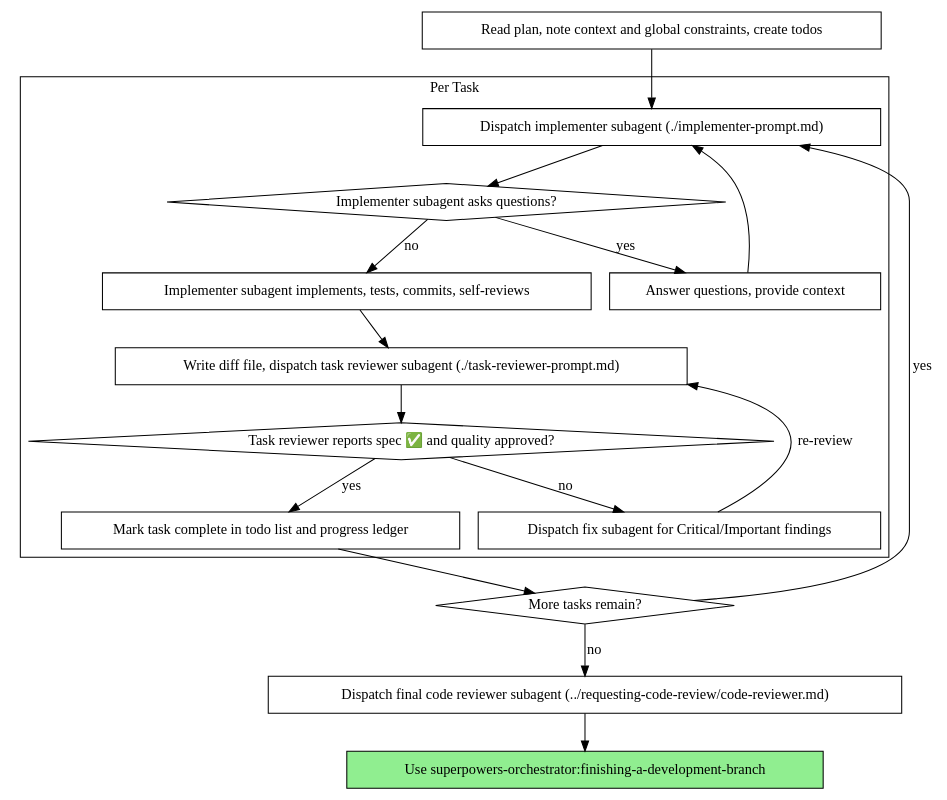
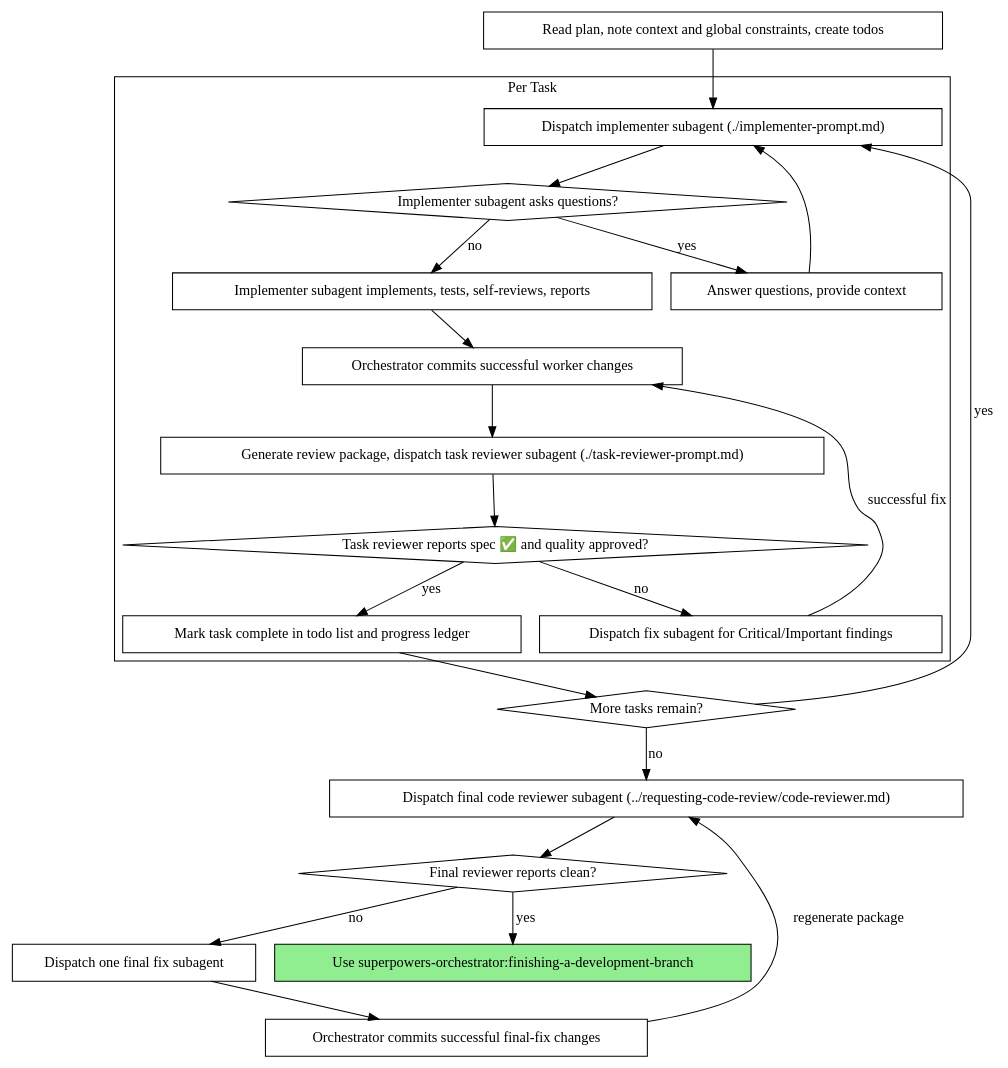
Before and after one commit to extensions-factory/orchestrator: the second of 2 diagrams in skills/subagent-driven-development/SKILL.md, drawn with Graphviz. The commit also changed other lines of this file and 32 other files, not shown here.

````diff
--- a/skills/subagent-driven-development/SKILL.md
+++ b/skills/subagent-driven-development/SKILL.md
@@ -47,37 +49,46 @@
 ```dot
 digraph process {
     rankdir=TB;
 
     subgraph cluster_per_task {
         label="Per Task";
         "Dispatch implementer subagent (./implementer-prompt.md)" [shape=box];
         "Implementer subagent asks questions?" [shape=diamond];
         "Answer questions, provide context" [shape=box];
-        "Implementer subagent implements, tests, commits, self-reviews" [shape=box];
-        "Write diff file, dispatch task reviewer subagent (./task-reviewer-prompt.md)" [shape=box];
+        "Implementer subagent implements, tests, self-reviews, reports" [shape=box];
+        "Orchestrator commits successful worker changes" [shape=box];
+        "Generate review package, dispatch task reviewer subagent (./task-reviewer-prompt.md)" [shape=box];
         "Task reviewer reports spec ✅ and quality approved?" [shape=diamond];
         "Dispatch fix subagent for Critical/Important findings" [shape=box];
         "Mark task complete in todo list and progress ledger" [shape=box];
     }
 
     "Read plan, note context and global constraints, create todos" [shape=box];
     "More tasks remain?" [shape=diamond];
     "Dispatch final code reviewer subagent (../requesting-code-review/code-reviewer.md)" [shape=box];
+    "Final reviewer reports clean?" [shape=diamond];
+    "Dispatch one final fix subagent" [shape=box];
+    "Orchestrator commits successful final-fix changes" [shape=box];
     "Use superpowers-orchestrator:finishing-a-development-branch" [shape=box style=filled fillcolor=lightgreen];
 
     "Read plan, note context and global constraints, create todos" -> "Dispatch implementer subagent (./implementer-prompt.md)";
     "Dispatch implementer subagent (./implementer-prompt.md)" -> "Implementer subagent asks questions?";
     "Implementer subagent asks questions?" -> "Answer questions, provide context" [label="yes"];
     "Answer questions, provide context" -> "Dispatch implementer subagent (./implementer-prompt.md)";
-    "Implementer subagent asks questions?" -> "Implementer subagent implements, tests, commits, self-reviews" [label="no"];
-    "Implementer subagent implements, tests, commits, self-reviews" -> "Write diff file, dispatch task reviewer subagent (./task-reviewer-prompt.md)";
-    "Write diff file, dispatch task reviewer subagent (./task-reviewer-prompt.md)" -> "Task reviewer reports spec ✅ and quality approved?";
+    "Implementer subagent asks questions?" -> "Implementer subagent implements, tests, self-reviews, reports" [label="no"];
+    "Implementer subagent implements, tests, self-reviews, reports" -> "Orchestrator commits successful worker changes";
+    "Orchestrator commits successful worker changes" -> "Generate review package, dispatch task reviewer subagent (./task-reviewer-prompt.md)";
+    "Generate review package, dispatch task reviewer subagent (./task-reviewer-prompt.md)" -> "Task reviewer reports spec ✅ and quality approved?";
     "Task reviewer reports spec ✅ and quality approved?" -> "Dispatch fix subagent for Critical/Important findings" [label="no"];
-    "Dispatch fix subagent for Critical/Important findings" -> "Write diff file, dispatch task reviewer subagent (./task-reviewer-prompt.md)" [label="re-review"];
+    "Dispatch fix subagent for Critical/Important findings" -> "Orchestrator commits successful worker changes" [label="successful fix"];
     "Task reviewer reports spec ✅ and quality approved?" -> "Mark task complete in todo list and progress ledger" [label="yes"];
     "Mark task complete in todo list and progress ledger" -> "More tasks remain?";
     "More tasks remain?" -> "Dispatch implementer subagent (./implementer-prompt.md)" [label="yes"];
     "More tasks remain?" -> "Dispatch final code reviewer subagent (../requesting-code-review/code-reviewer.md)" [label="no"];
-    "Dispatch final code reviewer subagent (../requesting-code-review/code-reviewer.md)" -> "Use superpowers-orchestrator:finishing-a-development-branch";
+    "Dispatch final code reviewer subagent (../requesting-code-review/code-reviewer.md)" -> "Final reviewer reports clean?";
+    "Final reviewer reports clean?" -> "Use superpowers-orchestrator:finishing-a-development-branch" [label="yes"];
+    "Final reviewer reports clean?" -> "Dispatch one final fix subagent" [label="no"];
+    "Dispatch one final fix subagent" -> "Orchestrator commits successful final-fix changes";
+    "Orchestrator commits successful final-fix changes" -> "Dispatch final code reviewer subagent (../requesting-code-review/code-reviewer.md)" [label="regenerate package"];
 }
 ```
````
